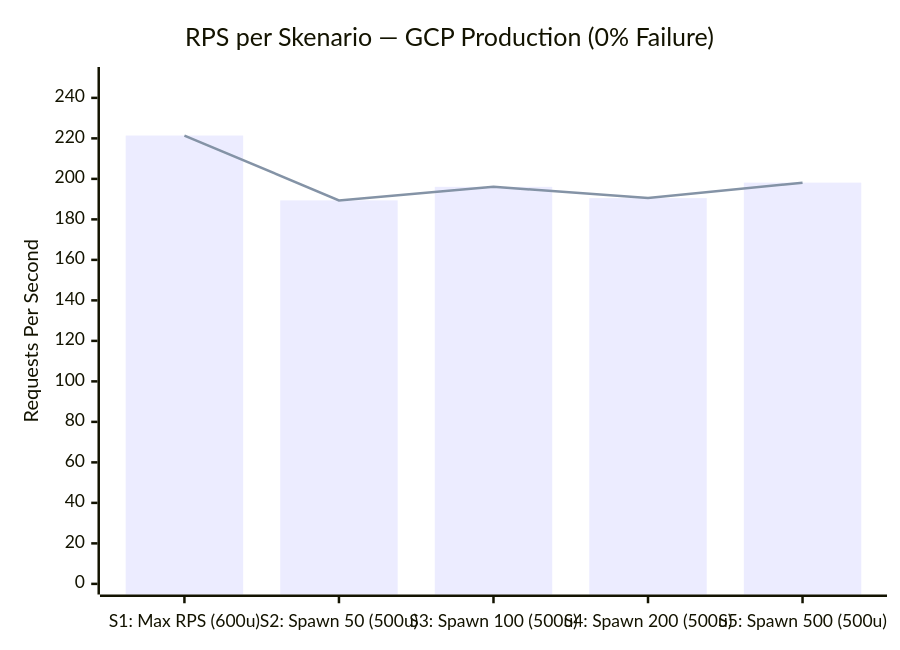
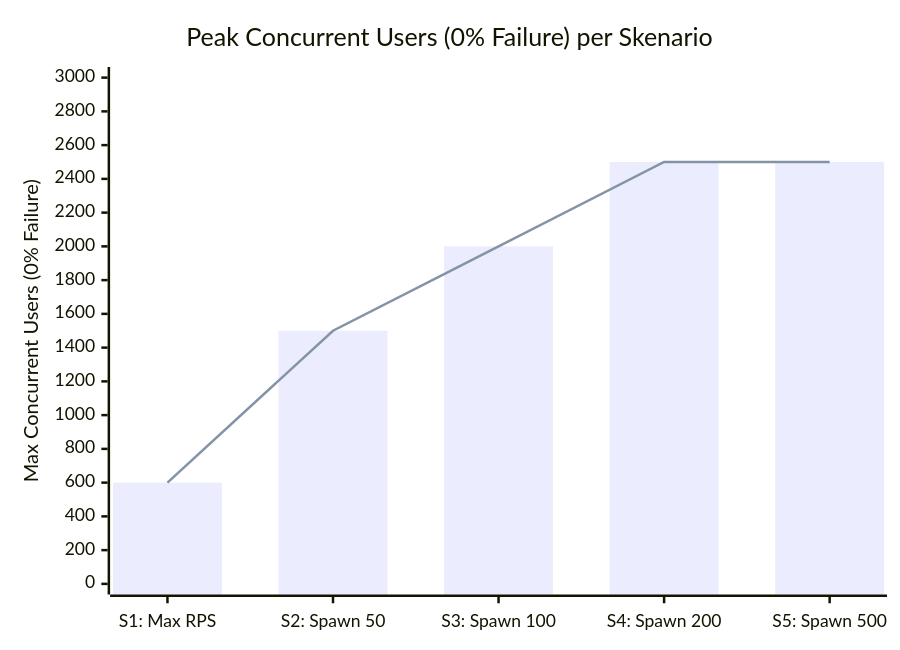
The fifth of 5 diagrams in README.md (baboey/fp-tka-1), drawn with Mermaid before and after one commit. The commit also changed other lines of this file, not shown here.

First line of the commit message:
docs: update load test results with actual peak concurrency data

````diff
--- a/README.md
+++ b/README.md
@@ -1022,8 +1051,8 @@
 ```mermaid
 xychart-beta
-    title "RPS per Skenario — GCP Production (0% Failure)"
-    x-axis ["S1: Max RPS (600u)", "S2: Spawn 50 (500u)", "S3: Spawn 100 (500u)", "S4: Spawn 200 (500u)", "S5: Spawn 500 (500u)"]
-    y-axis "Requests Per Second" 0 --> 250
-    bar [221.40, 189.38, 196.06, 190.50, 198.14]
-    line [221.40, 189.38, 196.06, 190.50, 198.14]
+    title "Peak Concurrent Users (0% Failure) per Skenario"
+    x-axis ["S1: Max RPS", "S2: Spawn 50", "S3: Spawn 100", "S4: Spawn 200", "S5: Spawn 500"]
+    y-axis "Max Concurrent Users (0% Failure)" 0 --> 3000
+    bar [600, 1500, 2000, 2500, 2500]
+    line [600, 1500, 2000, 2500, 2500]
 ```
````
